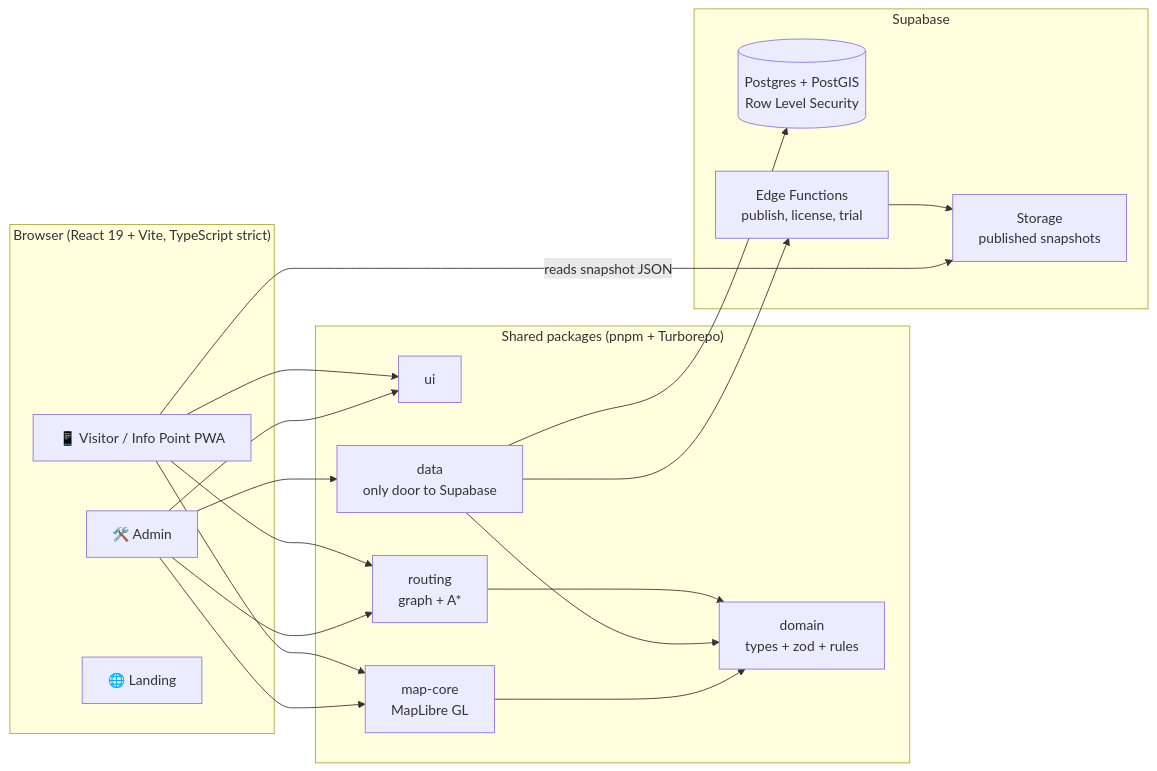
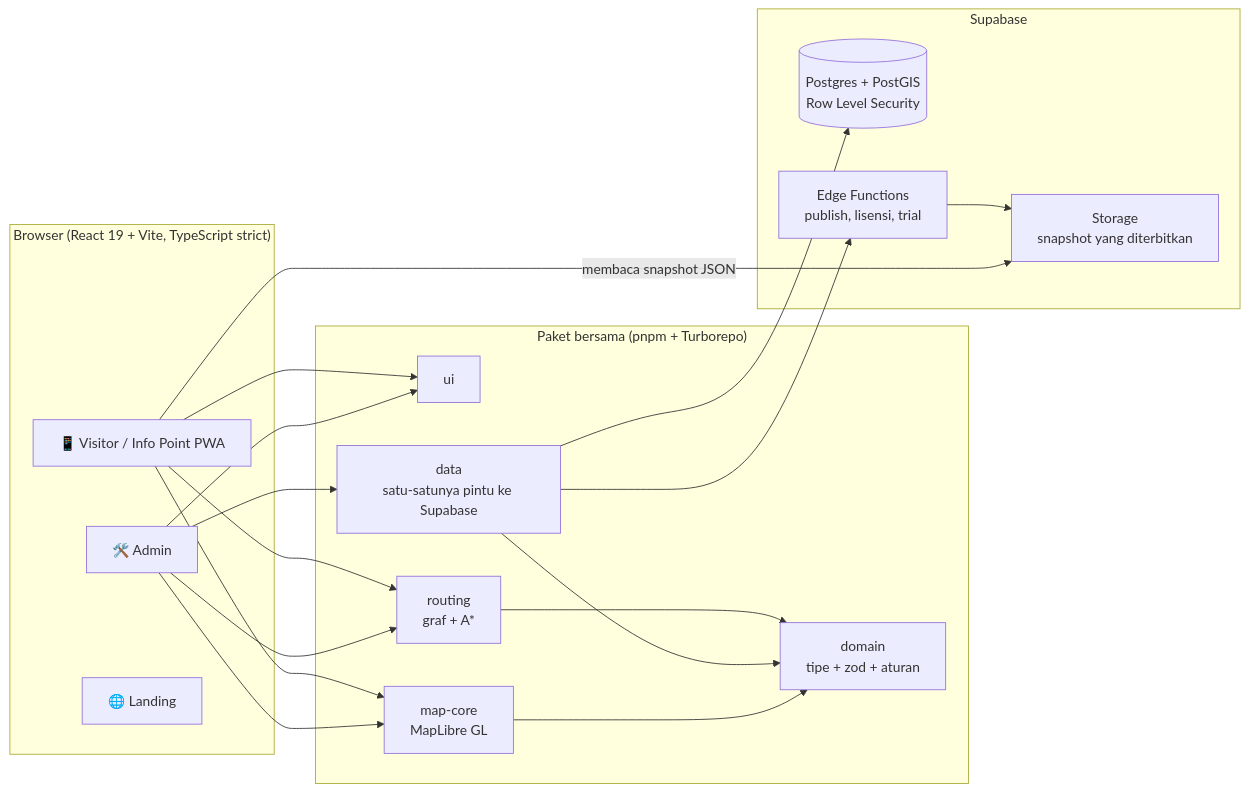
The diagram in README.md (devaldicaliesta/indoor-map), drawn with Mermaid before and after one commit. The commit also changed other lines of this file and 2 other files, not shown here.

````diff
--- a/README.md
+++ b/README.md
@@ -75,29 +75,29 @@
 ```mermaid
 flowchart LR
     subgraph Browser["Browser (React 19 + Vite, TypeScript strict)"]
         A[🛠️ Admin]
         V[📱 Visitor / Info Point PWA]
         L[🌐 Landing]
     end
 
-    subgraph Pkg["Shared packages (pnpm + Turborepo)"]
+    subgraph Pkg["Paket bersama (pnpm + Turborepo)"]
         UI[ui]
         MC[map-core<br/>MapLibre GL]
-        D[data<br/>only door to Supabase]
-        R[routing<br/>graph + A*]
-        DM[domain<br/>types + zod + rules]
+        D[data<br/>satu-satunya pintu ke Supabase]
+        R[routing<br/>graf + A*]
+        DM[domain<br/>tipe + zod + aturan]
     end
 
     subgraph SB["Supabase"]
         PG[(Postgres + PostGIS<br/>Row Level Security)]
-        ST[Storage<br/>published snapshots]
-        EF[Edge Functions<br/>publish, license, trial]
+        ST[Storage<br/>snapshot yang diterbitkan]
+        EF[Edge Functions<br/>publish, lisensi, trial]
     end
 
     A --> UI & MC & D & R
     V --> UI & MC & R
-    V -- reads snapshot JSON --> ST
+    V -- membaca snapshot JSON --> ST
     D --> PG & EF
     MC & D & R --> DM
     EF --> ST
 ```
````
